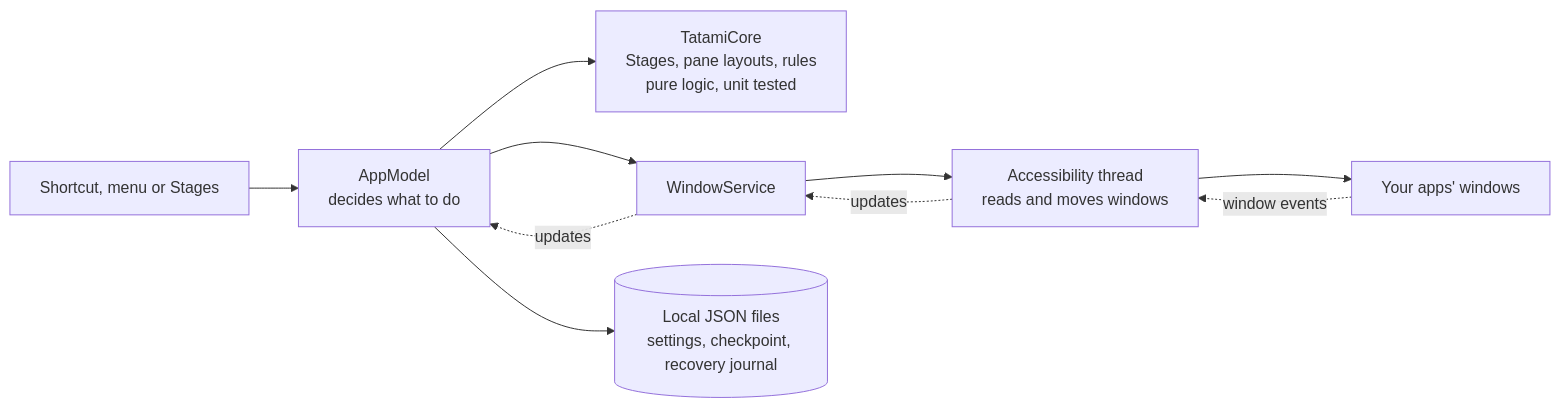
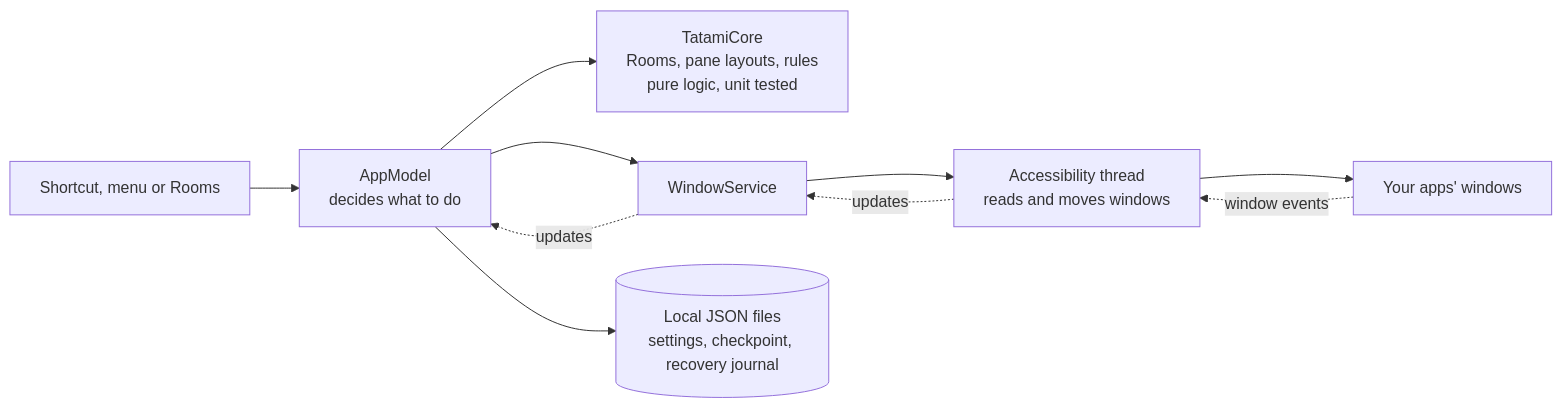
Before and after one commit to SubaashNair/tatami: the first of 3 diagrams in README.md, drawn with Mermaid. The commit also changed other lines of this file and 24 other files, not shown here.

First line of the commit message:
feat: rename Stages to Rooms across the app, command line and docs

````diff
--- a/README.md
+++ b/README.md
@@ -127,12 +127,12 @@
 ```mermaid
 flowchart LR
-    keys["Shortcut, menu or Stages"] --> model["AppModel<br/>decides what to do"]
-    model --> core["TatamiCore<br/>Stages, pane layouts, rules<br/>pure logic, unit tested"]
+    keys["Shortcut, menu or Rooms"] --> model["AppModel<br/>decides what to do"]
+    model --> core["TatamiCore<br/>Rooms, pane layouts, rules<br/>pure logic, unit tested"]
     model --> service["WindowService"]
     service --> ax["Accessibility thread<br/>reads and moves windows"]
     ax --> apps["Your apps' windows"]
     apps -. window events .-> ax
     ax -. updates .-> service
     service -. updates .-> model
     model --> store[("Local JSON files<br/>settings, checkpoint, recovery journal")]
 ```
````
